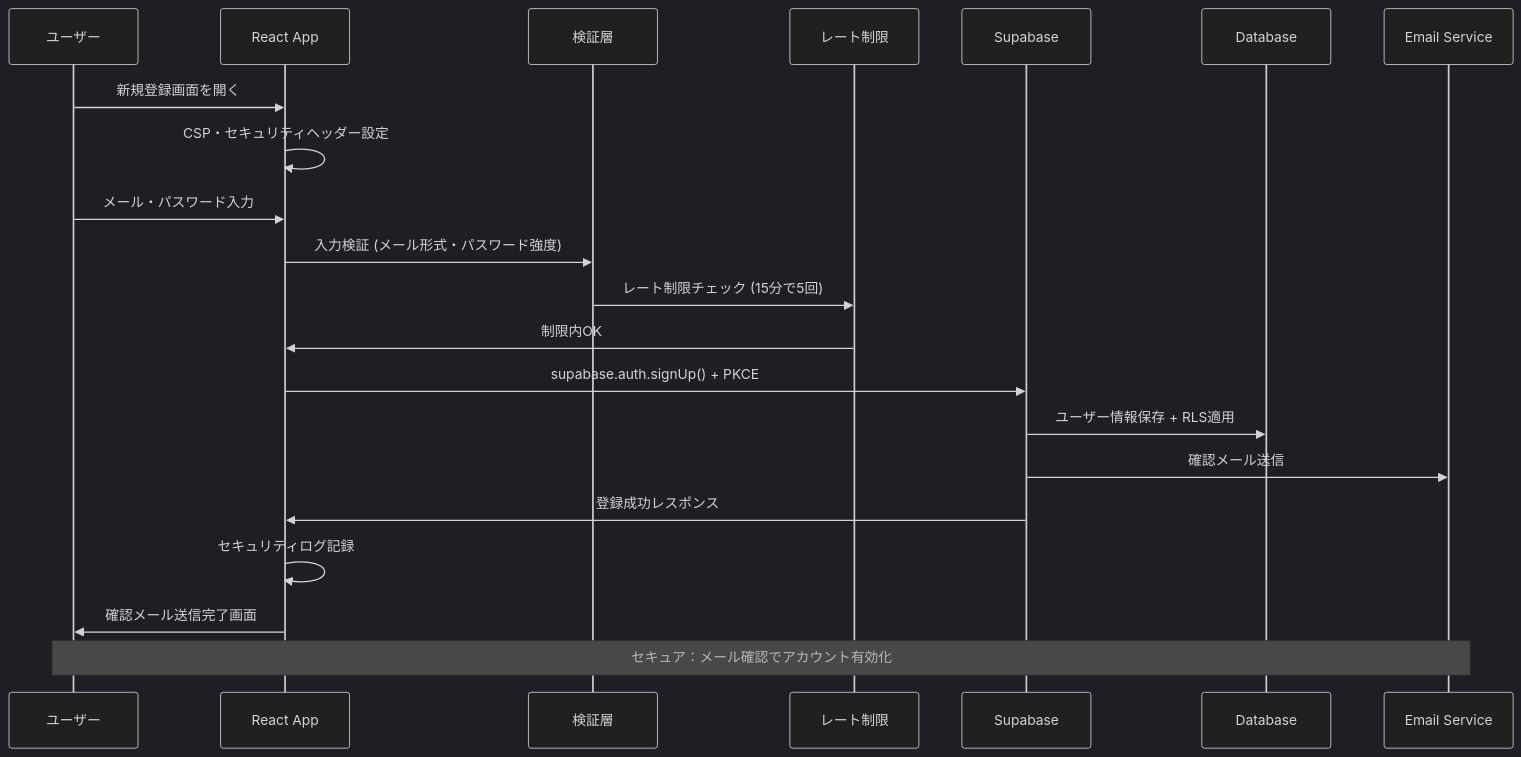
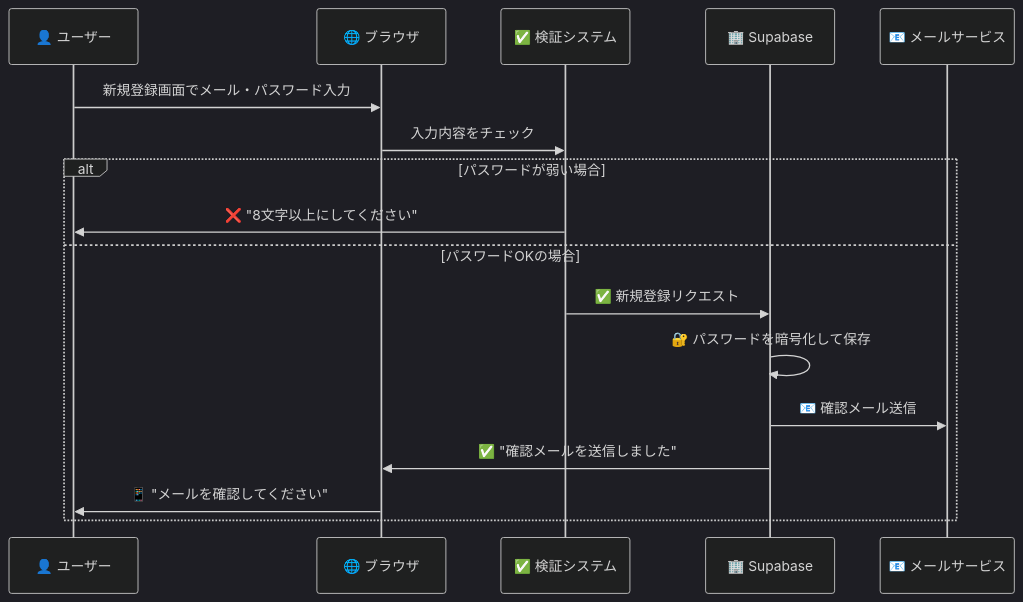
Before and after one commit to stopod/bucket-list-app: the first of 4 diagrams in docs/authentication-guide.md, drawn with Mermaid (dark theme). The commit also changed other lines of this file, not shown here.

````diff
--- a/docs/authentication-guide.md
+++ b/docs/authentication-guide.md
@@ -104,25 +181,21 @@
 ```mermaid
 sequenceDiagram
-    participant U as ユーザー
-    participant R as React App
-    participant V as 検証層
-    participant RL as レート制限
-    participant S as Supabase
-    participant DB as Database
-    participant E as Email Service
+    participant U as 👤 ユーザー
+    participant B as 🌐 ブラウザ
+    participant V as ✅ 検証システム
+    participant S as 🏢 Supabase
+    participant E as 📧 メールサービス
 
-    U->>R: 新規登録画面を開く
-    R->>R: CSP・セキュリティヘッダー設定
-    U->>R: メール・パスワード入力
-    R->>V: 入力検証 (メール形式・パスワード強度)
-    V->>RL: レート制限チェック (15分で5回)
-    RL->>R: 制限内OK
-    R->>S: supabase.auth.signUp() + PKCE
-    S->>DB: ユーザー情報保存 + RLS適用
-    S->>E: 確認メール送信
-    S->>R: 登録成功レスポンス
-    R->>R: セキュリティログ記録
-    R->>U: 確認メール送信完了画面
+    U->>B: 新規登録画面でメール・パスワード入力
+    B->>V: 入力内容をチェック
     
-    Note over U,E: セキュア：メール確認でアカウント有効化
+    alt パスワードが弱い場合
+        V->>U: ❌ "8文字以上にしてください"
+    else パスワードOKの場合
+        V->>S: ✅ 新規登録リクエスト
+        S->>S: 🔐 パスワードを暗号化して保存
+        S->>E: 📧 確認メール送信
+        S->>B: ✅ "確認メールを送信しました"
+        B->>U: 📱 "メールを確認してください"
+    end
 ```
````
